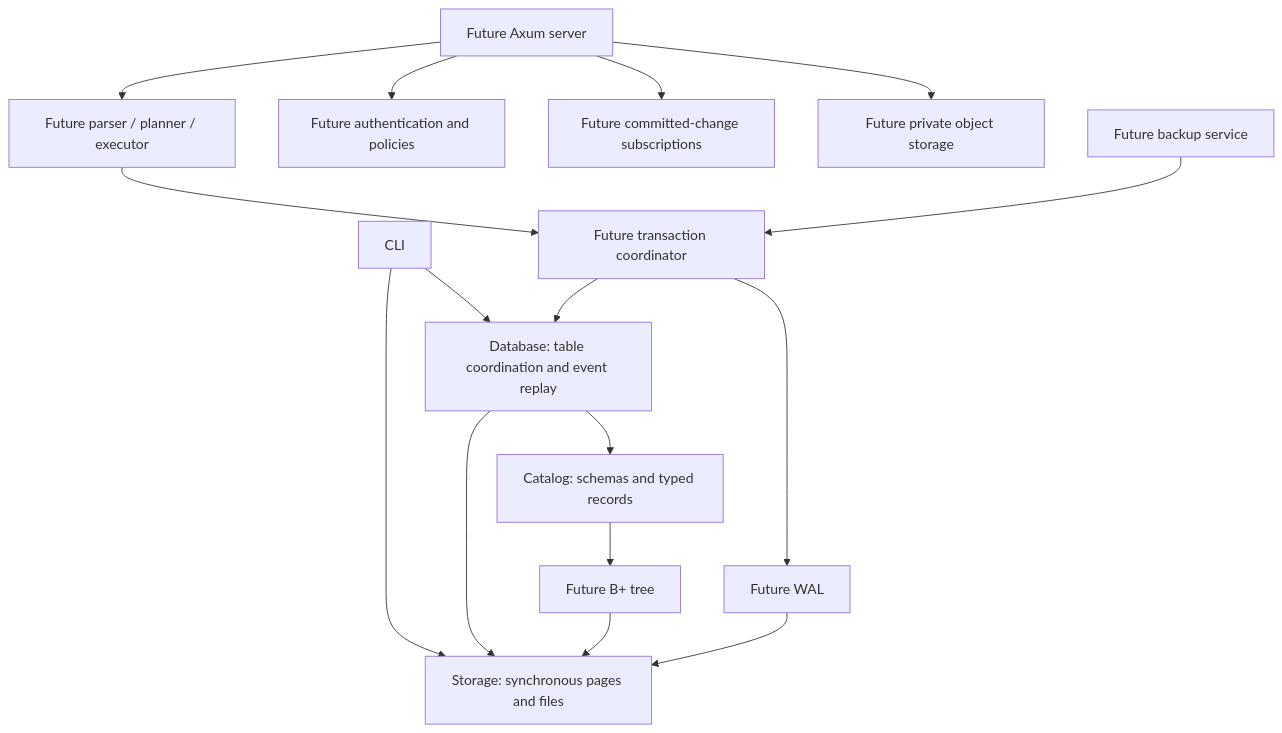
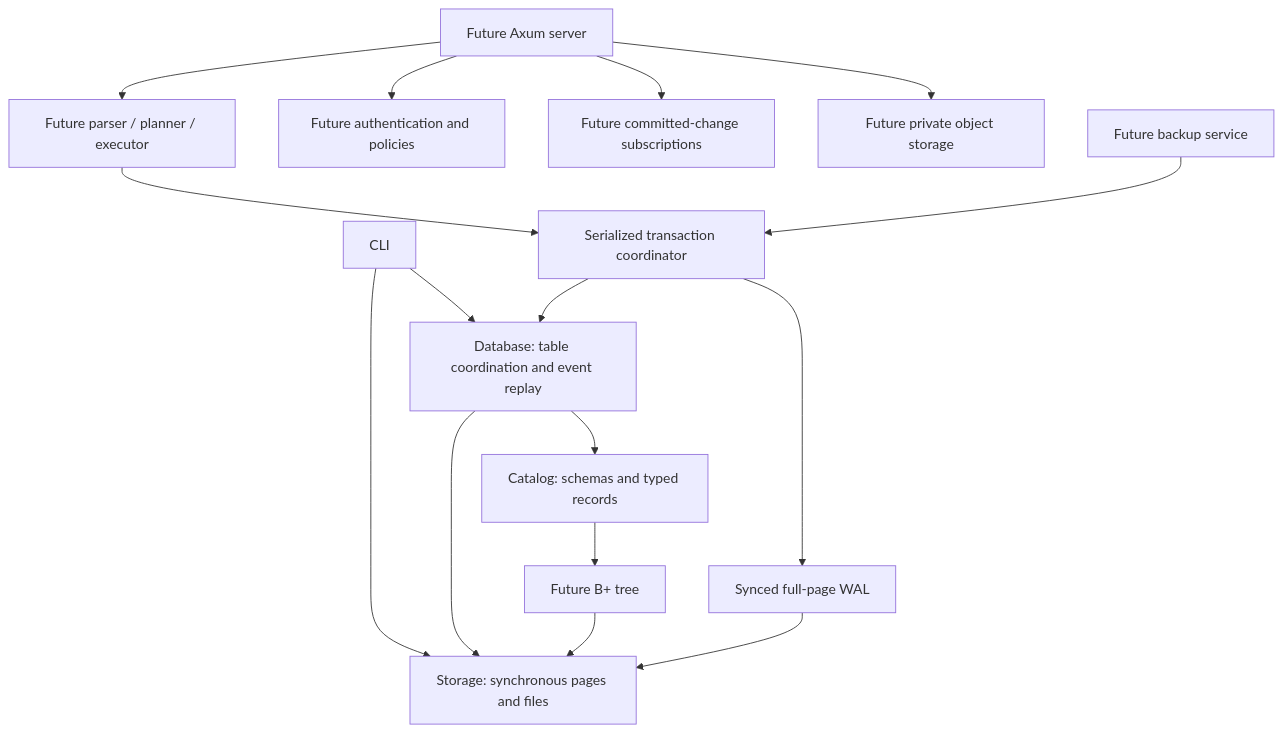
One commit to vantaeonx/EmilyBase changed the diagram in docs/architecture.md. Above: the diagram before and after it, drawn with Mermaid. The commit also changed other lines of this file and 20 other files, not shown here.

Commit message:
feat(transactions): commit staged tables through authoritative WAL

````diff
--- a/docs/architecture.md
+++ b/docs/architecture.md
@@ -7,18 +7,18 @@
 ```mermaid
 flowchart TD
   CLI[CLI] --> Storage[Storage: synchronous pages and files]
   CLI --> Database[Database: table coordination and event replay]
   Database --> Catalog[Catalog: schemas and typed records]
   Database --> Storage
   HTTP[Future Axum server] --> Query[Future parser / planner / executor]
-  Query --> Transactions[Future transaction coordinator]
-  Transactions --> WAL[Future WAL]
+  Query --> Transactions[Serialized transaction coordinator]
+  Transactions --> WAL[Synced full-page WAL]
   Transactions --> Database
   Catalog --> Index[Future B+ tree]
   Index --> Storage
   WAL --> Storage
   HTTP --> Auth[Future authentication and policies]
   HTTP --> Realtime[Future committed-change subscriptions]
   HTTP --> Objects[Future private object storage]
   Backup[Future backup service] --> Transactions
 ```
````
